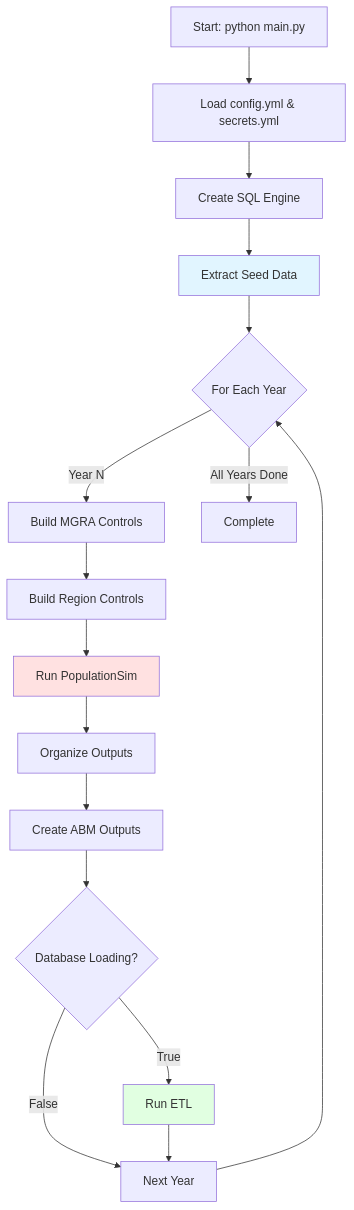
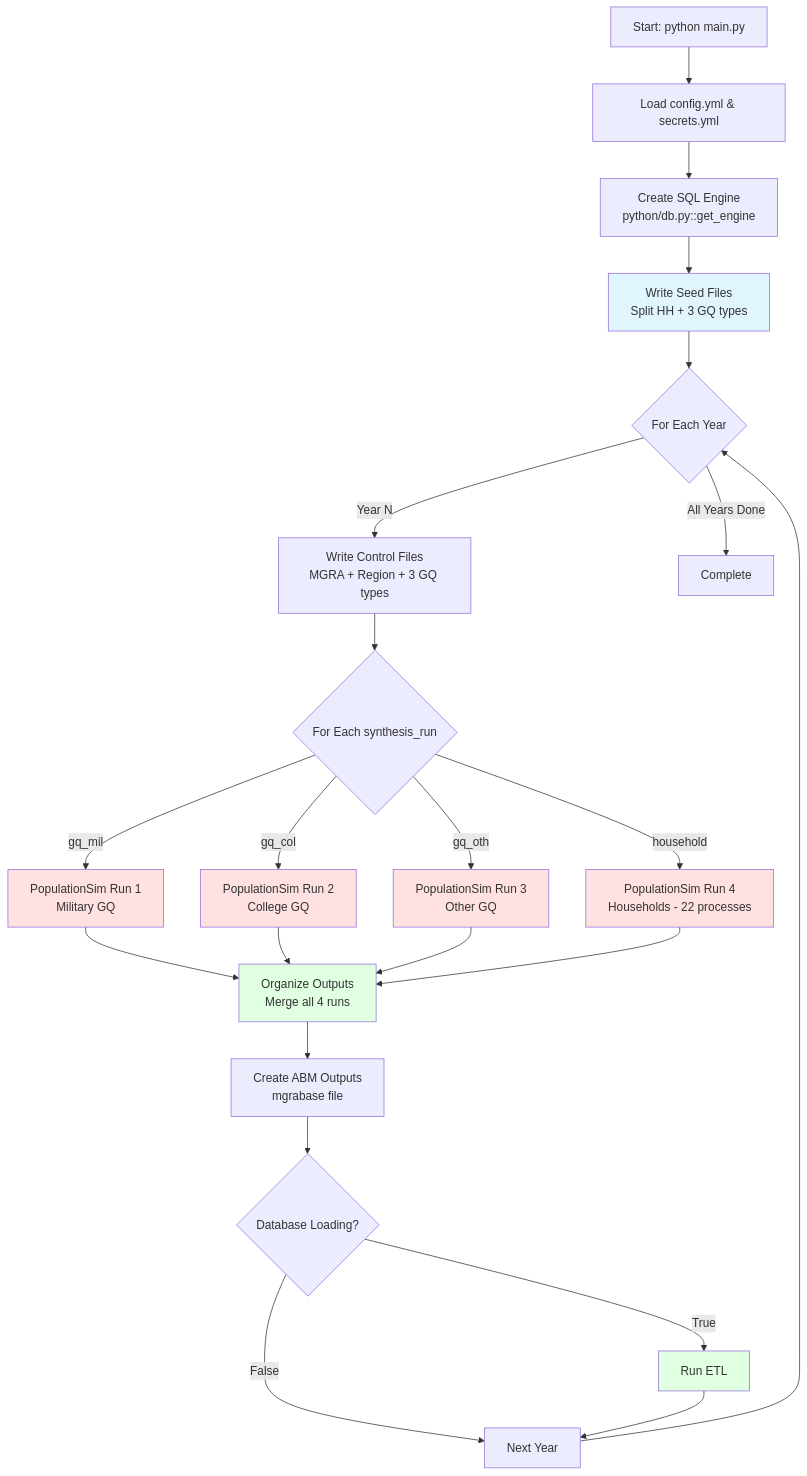
Before and after one commit to SANDAG/Population-Sim: the diagram in wiki/Running-PopulationSim.md, drawn with Mermaid. The commit also changed other lines of this file and 4 other files, not shown here.

Commit message:
updated PopulationSim Documentation to reflect recent workflow changes

````diff
--- a/wiki/Running-PopulationSim.md
+++ b/wiki/Running-PopulationSim.md
@@ -62,24 +52,37 @@
 ```mermaid
 flowchart TD
     A[Start: python main.py] --> B[Load config.yml & secrets.yml]
-    B --> C[Create SQL Engine]
-    C --> D[Extract Seed Data]
+    B --> C[Create SQL Engine<br/>python/db.py::get_engine]
+    C --> D[Write Seed Files<br/>Split HH + 3 GQ types]
     D --> E{For Each Year}
     
-    E -->|Year N| F[Build MGRA Controls]
-    F --> G[Build Region Controls]
-    G --> H[Run PopulationSim]
-    H --> I[Organize Outputs]
-    I --> J[Create ABM Outputs]
+    E -->|Year N| F[Write Control Files<br/>MGRA + Region + 3 GQ types]
+    F --> G{For Each synthesis_run}
+    
+    G -->|gq_mil| H1[PopulationSim Run 1<br/>Military GQ]
+    G -->|gq_col| H2[PopulationSim Run 2<br/>College GQ]
+    G -->|gq_oth| H3[PopulationSim Run 3<br/>Other GQ]
+    G -->|household| H4[PopulationSim Run 4<br/>Households - 22 processes]
+    
+    H1 --> I[Organize Outputs<br/>Merge all 4 runs]
+    H2 --> I
+    H3 --> I
+    H4 --> I
+    
+    I --> J[Create ABM Outputs<br/>mgrabase file]
     J --> K{Database Loading?}
     K -->|True| L[Run ETL]
     K -->|False| M[Next Year]
     L --> M
     M --> E
     
     E -->|All Years Done| N[Complete]
     
     style D fill:#e1f5ff
-    style H fill:#ffe1e1
+    style H1 fill:#ffe1e1
+    style H2 fill:#ffe1e1
+    style H3 fill:#ffe1e1
+    style H4 fill:#ffe1e1
+    style I fill:#e1ffe1
     style L fill:#e1ffe1
 ```
````
